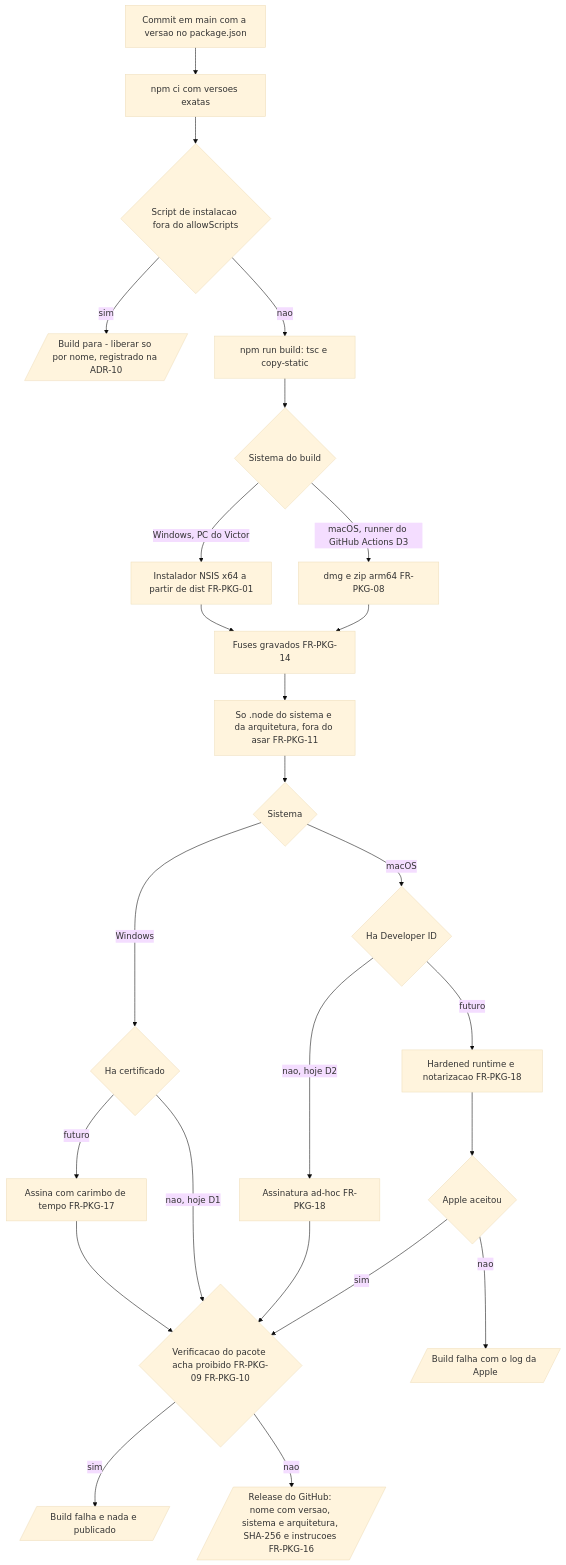
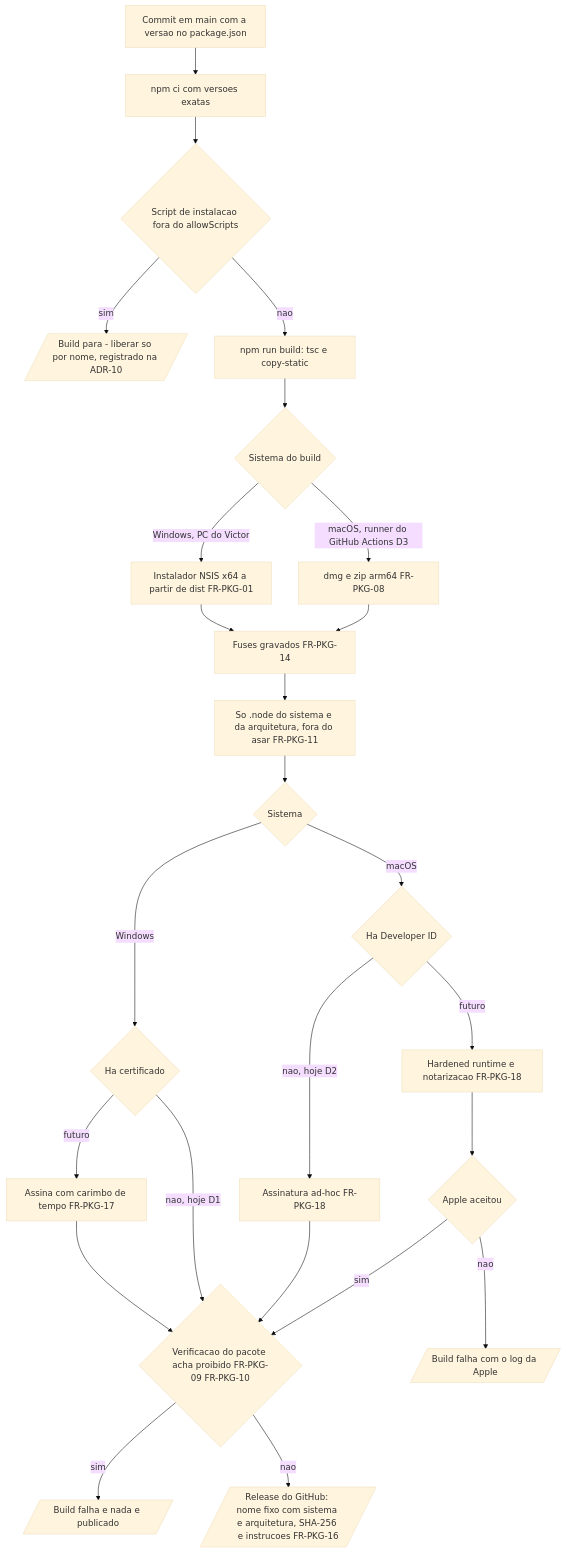
One commit to Victorkaue333/touch-speaker changed the sixth of 6 diagrams in docs/spec/features/distribuicao-windows-macos.md. Above: the diagram before and after it, drawn with Mermaid (base theme). The commit also changed other lines of this file and 6 other files, not shown here.

````diff
--- a/docs/spec/features/distribuicao-windows-macos.md
+++ b/docs/spec/features/distribuicao-windows-macos.md
@@ -878,25 +878,25 @@
 ```mermaid
 flowchart TD
     A[Commit em main com a versao no package.json] --> B[npm ci com versoes exatas]
     B --> C{Script de instalacao fora do allowScripts}
     C -- sim --> C1[/Build para - liberar so por nome, registrado na ADR-10/]
     C -- nao --> D[npm run build: tsc e copy-static]
     D --> E{Sistema do build}
     E -- Windows, PC do Victor --> F[Instalador NSIS x64 a partir de dist FR-PKG-01]
     E -- macOS, runner do GitHub Actions D3 --> G[dmg e zip arm64 FR-PKG-08]
     F --> FU[Fuses gravados FR-PKG-14]
     G --> FU
     FU --> NA[So .node do sistema e da arquitetura, fora do asar FR-PKG-11]
     NA --> S{Sistema}
     S -- Windows --> S1{Ha certificado}
     S1 -- futuro --> S1a[Assina com carimbo de tempo FR-PKG-17] --> V
     S1 -- nao, hoje D1 --> V
     S -- macOS --> S2{Ha Developer ID}
     S2 -- nao, hoje D2 --> S2b[Assinatura ad-hoc FR-PKG-18] --> V
     S2 -- futuro --> S2a[Hardened runtime e notarizacao FR-PKG-18] --> N{Apple aceitou}
     N -- nao --> N1[/Build falha com o log da Apple/]
     N -- sim --> V
     V{Verificacao do pacote acha proibido FR-PKG-09 FR-PKG-10}
     V -- sim --> V1[/Build falha e nada e publicado/]
-    V -- nao --> Y[/Release do GitHub: nome com versao, sistema e arquitetura, SHA-256 e instrucoes FR-PKG-16/]
+    V -- nao --> Y[/Release do GitHub: nome fixo com sistema e arquitetura, SHA-256 e instrucoes FR-PKG-16/]
 ```
````
